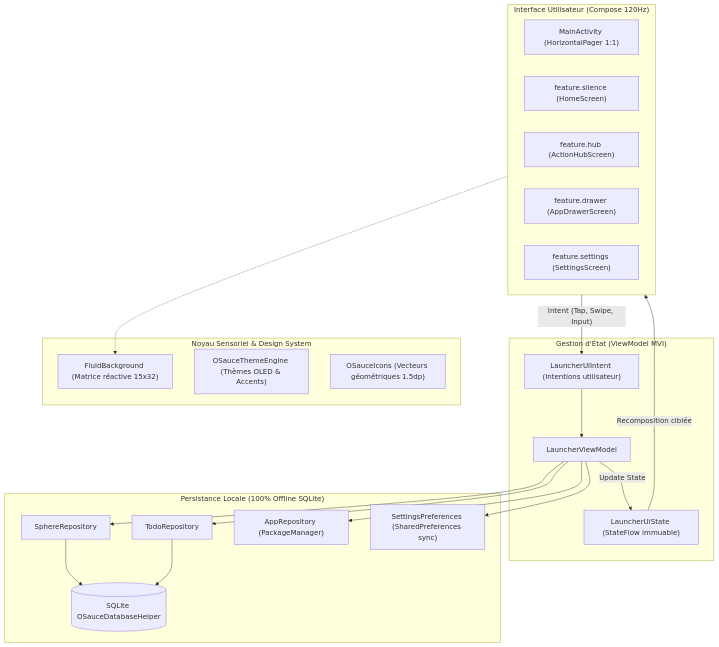
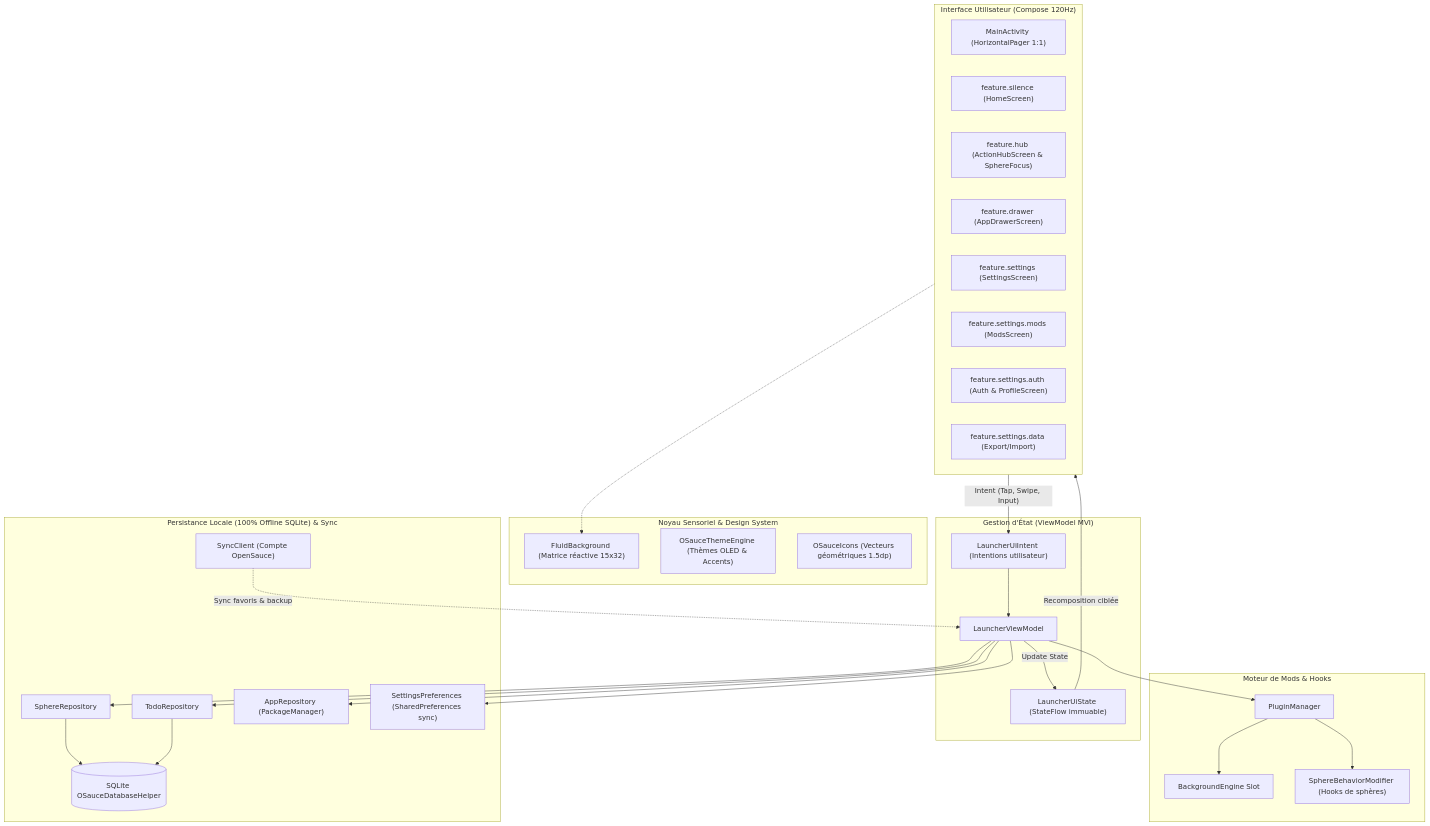
One commit to xhuriken/OSauce changed the diagram in docs/ARCHITECTURE.md. Above: the diagram before and after it, drawn with Mermaid. The commit also changed other lines of this file and 2 other files, not shown here.

Commit message:
docs: engrave behavioral mods architecture and comprehensive settings sub-screens specification

````diff
--- a/docs/ARCHITECTURE.md
+++ b/docs/ARCHITECTURE.md
@@ -9,45 +9,59 @@
 ```mermaid
 flowchart TD
     subgraph UI["Interface Utilisateur (Compose 120Hz)"]
         MainActivity["MainActivity (HorizontalPager 1:1)"]
         Silence["feature.silence (HomeScreen)"]
-        Hub["feature.hub (ActionHubScreen)"]
+        Hub["feature.hub (ActionHubScreen & SphereFocus)"]
         Drawer["feature.drawer (AppDrawerScreen)"]
         Settings["feature.settings (SettingsScreen)"]
+        ModsUI["feature.settings.mods (ModsScreen)"]
+        AuthUI["feature.settings.auth (Auth & ProfileScreen)"]
+        DataUI["feature.settings.data (Export/Import)"]
     end
 
     subgraph State["Gestion d'État (ViewModel MVI)"]
         VM["LauncherViewModel"]
         StateFlow["LauncherUiState (StateFlow immuable)"]
         IntentHandler["LauncherUiIntent (Intentions utilisateur)"]
     end
 
     subgraph Core["Noyau Sensoriel & Design System"]
         TheSauce["FluidBackground (Matrice réactive 15x32)"]
         ThemeEngine["OSauceThemeEngine (Thèmes OLED & Accents)"]
         Icons["OSauceIcons (Vecteurs géométriques 1.5dp)"]
     end
 
-    subgraph Data["Persistance Locale (100% Offline SQLite)"]
+    subgraph Modding["Moteur de Mods & Hooks"]
+        BgEngine["BackgroundEngine Slot"]
+        SphereHooks["SphereBehaviorModifier (Hooks de sphères)"]
+        PluginMgr["PluginManager"]
+    end
+
+    subgraph Data["Persistance Locale (100% Offline SQLite) & Sync"]
         SphereRepo["SphereRepository"]
         TodoRepo["TodoRepository"]
         AppRepo["AppRepository (PackageManager)"]
         Prefs["SettingsPreferences (SharedPreferences sync)"]
         DB[("SQLite OSauceDatabaseHelper")]
+        SyncClient["SyncClient (Compte OpenSauce)"]
     end
 
     %% Flux MVI
     UI -->|"Intent (Tap, Swipe, Input)"| IntentHandler
     IntentHandler --> VM
     VM -->|"Update State"| StateFlow
     StateFlow -->|"Recomposition ciblée"| UI
 
-    %% Données
+    %% Données & Mods
     VM --> SphereRepo
     VM --> TodoRepo
     VM --> AppRepo
     VM --> Prefs
+    VM --> PluginMgr
+    PluginMgr --> SphereHooks
+    PluginMgr --> BgEngine
     SphereRepo --> DB
     TodoRepo --> DB
     UI -.-> TheSauce
+    SyncClient -.->|"Sync favoris & backup"| VM
 ```
````
